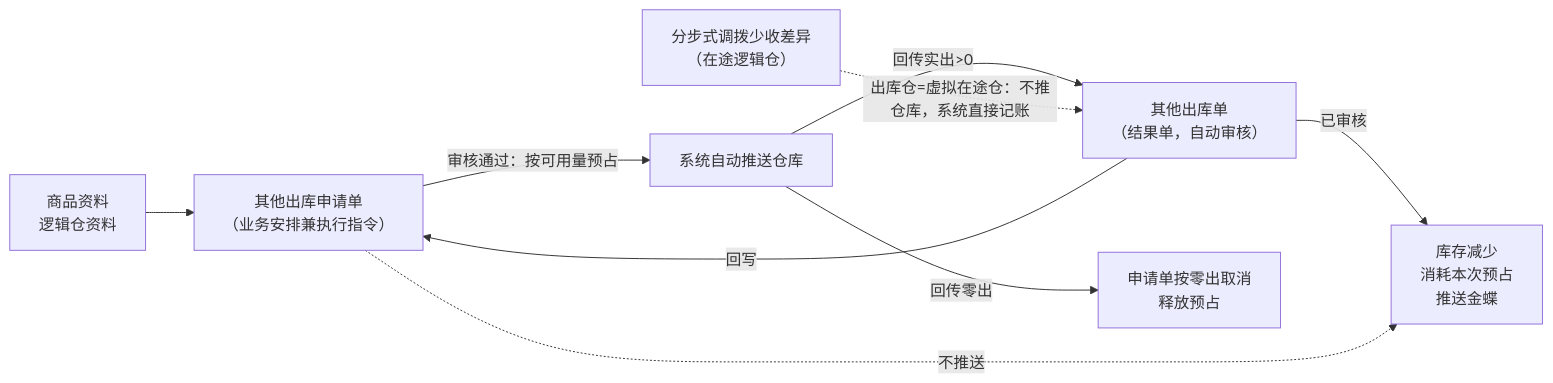
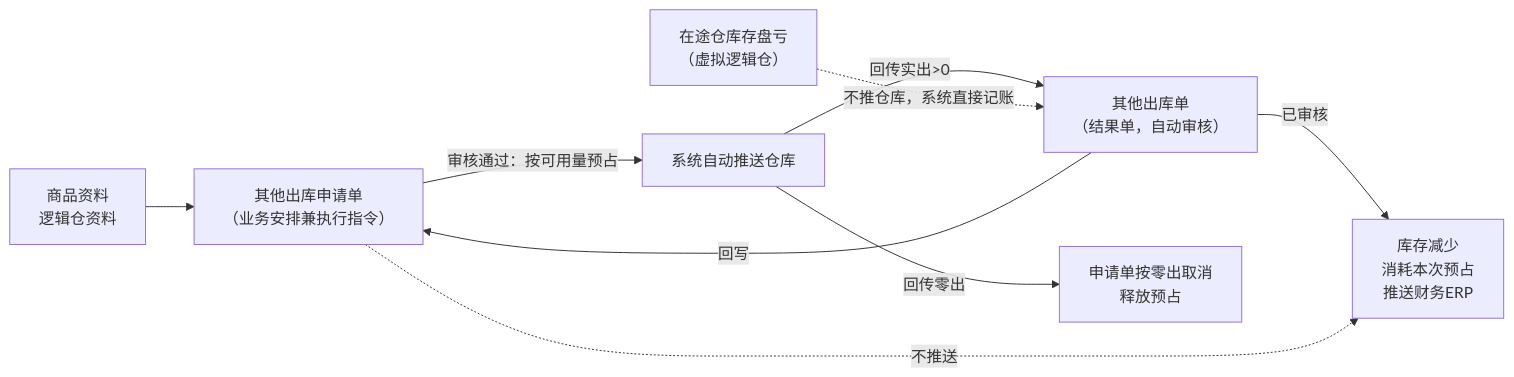
One commit to TopVitamin/QS-ERP-Project changed the first of 2 diagrams in 04-产品设计方案/20260812-ERP项目第一版框架搭建/需求文档PRD/7-库存管理/其他出库申请单/其他出库申请单主PRD.md. Above: the diagram before and after it, drawn with Mermaid. The commit also changed other lines of this file and 354 other files, not shown here.

````diff
--- a/04-产品设计方案/20260812-ERP项目第一版框架搭建/需求文档PRD/7-库存管理/其他出库申请单/其他出库申请单主PRD.md
+++ b/04-产品设计方案/20260812-ERP项目第一版框架搭建/需求文档PRD/7-库存管理/其他出库申请单/其他出库申请单主PRD.md
@@ -60,11 +65,11 @@
 ```mermaid
 flowchart LR
     A["商品资料<br/>逻辑仓资料"] --> B["其他出库申请单<br/>（业务安排兼执行指令）"]
     B -->|"审核通过：按可用量预占"| C["系统自动推送仓库"]
     C -->|"回传实出>0"| D["其他出库单<br/>（结果单，自动审核）"]
     C -->|"回传零出"| E["申请单按零出取消<br/>释放预占"]
     D -->|"回写"| B
-    D -->|"已审核"| F["库存减少<br/>消耗本次预占<br/>推送金蝶"]
+    D -->|"已审核"| F["库存减少<br/>消耗本次预占<br/>推送财务ERP"]
     B -.->|"不推送"| F
-    G["分步式调拨少收差异<br/>（在途逻辑仓）"] -.->|"出库仓=虚拟在途仓：不推仓库，系统直接记账"| D
+    G["在途仓库存盘亏<br/>（虚拟逻辑仓）"] -.->|"不推仓库，系统直接记账"| D
 ```
````
